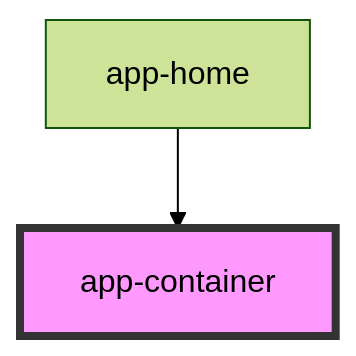
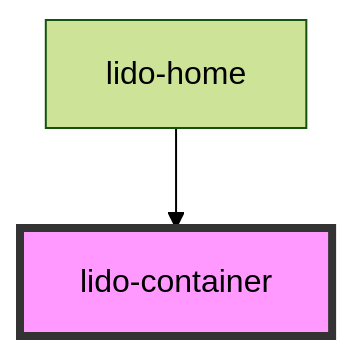
The diagram in src/components/container/readme.md (chimple/lido-player), drawn with Mermaid (forest theme) before and after one commit. The commit also changed other lines of this file and 40 other files, not shown here.

````diff
--- a/src/components/container/readme.md
+++ b/src/components/container/readme.md
@@ -44,5 +44,5 @@
 ```mermaid
 graph TD;
-  app-home --> app-container
-  style app-container fill:#f9f,stroke:#333,stroke-width:4px
+  lido-home --> lido-container
+  style lido-container fill:#f9f,stroke:#333,stroke-width:4px
 ```
````
